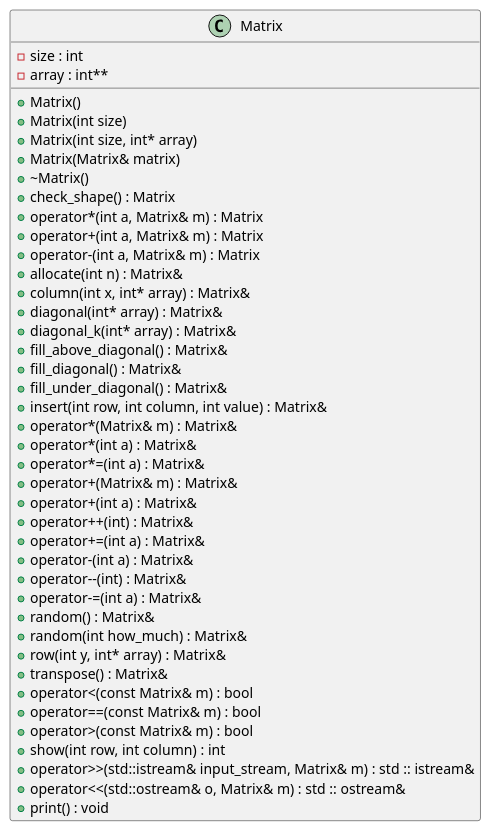
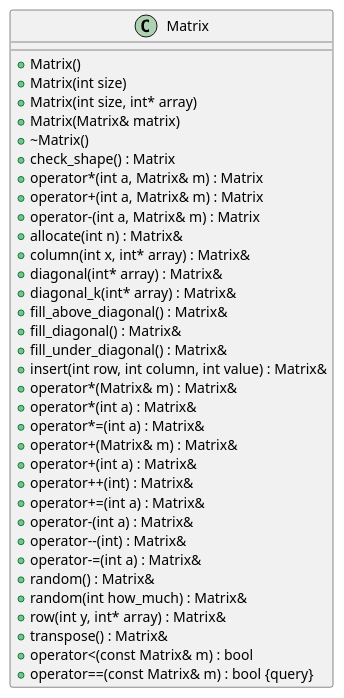
The diagram in inline_umlgraph_pnghtml.pu (MaciejWojs/Matrix), drawn with PlantUML before and after one commit. The commit also changed 11 other files, not shown here.

```diff
--- a/inline_umlgraph_pnghtml.pu
+++ b/inline_umlgraph_pnghtml.pu
@@ -1,45 +1,38 @@
 @startuml inline_umlgraph_1.png
 class Matrix {
--size : int
--array : int**
 +Matrix()
 +Matrix(int size)
 +Matrix(int size, int* array)
 +Matrix(Matrix& matrix)
 +~Matrix()
 +check_shape() : Matrix
 +operator*(int a, Matrix& m) : Matrix
 +operator+(int a, Matrix& m) : Matrix
 +operator-(int a, Matrix& m) : Matrix
 +allocate(int n) : Matrix&
 +column(int x, int* array) : Matrix&
 +diagonal(int* array) : Matrix&
 +diagonal_k(int* array) : Matrix&
 +fill_above_diagonal() : Matrix&
 +fill_diagonal() : Matrix&
 +fill_under_diagonal() : Matrix&
 +insert(int row, int column, int value) : Matrix&
 +operator*(Matrix& m) : Matrix&
 +operator*(int a) : Matrix&
 +operator*=(int a) : Matrix&
 +operator+(Matrix& m) : Matrix&
 +operator+(int a) : Matrix&
 +operator++(int) : Matrix&
 +operator+=(int a) : Matrix&
 +operator-(int a) : Matrix&
 +operator--(int) : Matrix&
 +operator-=(int a) : Matrix&
 +random() : Matrix&
 +random(int how_much) : Matrix&
 +row(int y, int* array) : Matrix&
 +transpose() : Matrix&
 +operator<(const Matrix& m) : bool
-+operator==(const Matrix& m) : bool
-+operator>(const Matrix& m) : bool
-+show(int row, int column) : int
-+operator>>(std::istream& input_stream, Matrix& m) : std :: istream&
-+operator<<(std::ostream& o, Matrix& m) : std :: ostream&
-+print() : void
++operator==(const Matrix& m) : bool {query}
 
 }
 @enduml
```
